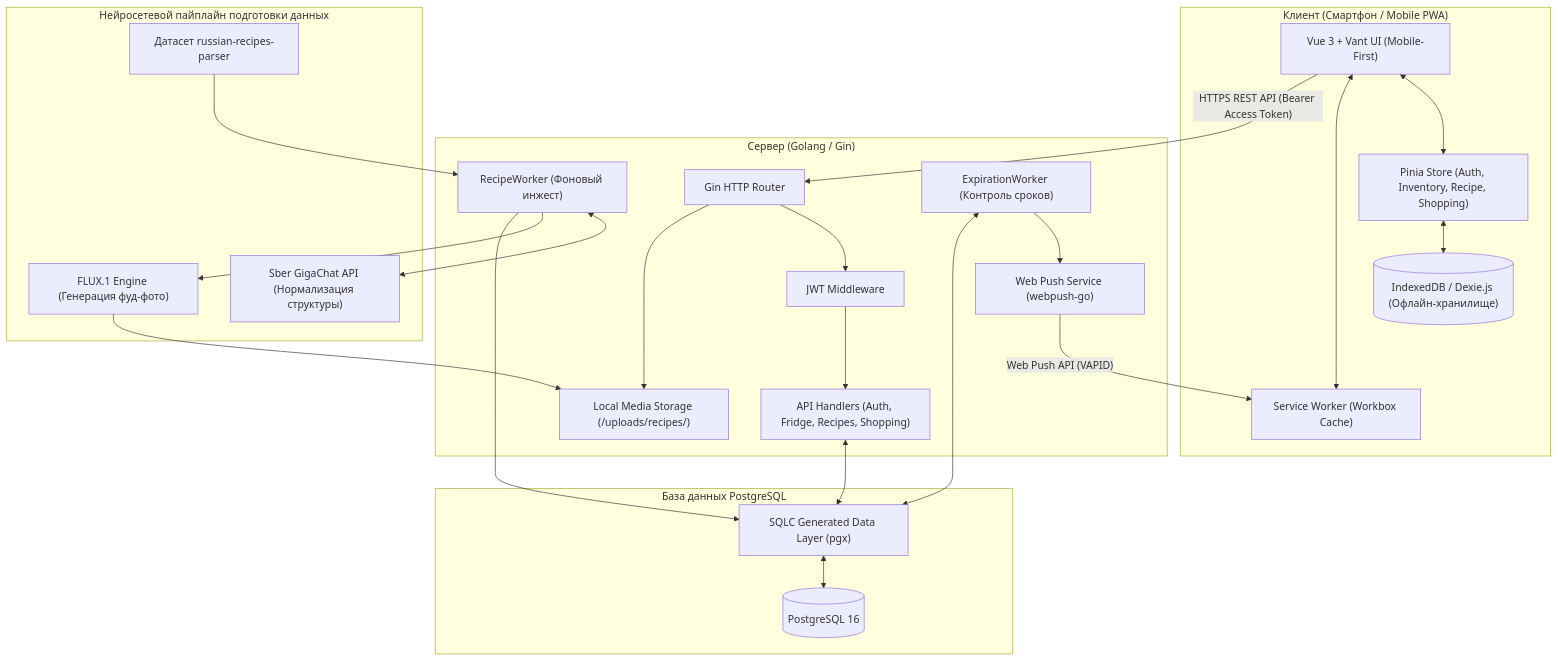
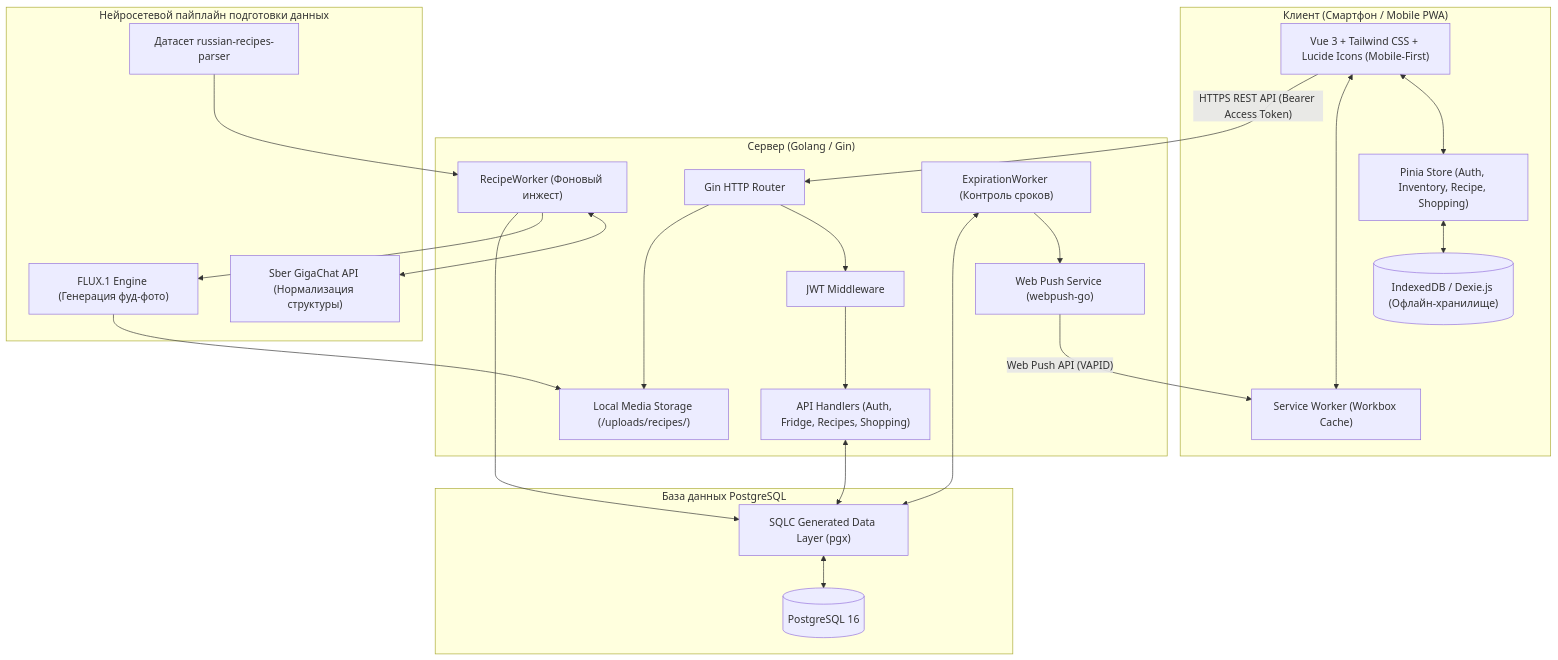
Before and after one commit to kerrek8/what-to-cook: the diagram in docs/tech-stack.md, drawn with Mermaid. The commit also changed other lines of this file and 44 other files, not shown here.

````diff
--- a/docs/tech-stack.md
+++ b/docs/tech-stack.md
@@ -111,49 +111,49 @@
 ```mermaid
 graph TD
     subgraph Client ["Клиент (Смартфон / Mobile PWA)"]
-        UI["Vue 3 + Vant UI (Mobile-First)"]
+        UI["Vue 3 + Tailwind CSS + Lucide Icons (Mobile-First)"]
         Pinia["Pinia Store (Auth, Inventory, Recipe, Shopping)"]
         SW["Service Worker (Workbox Cache)"]
         IDB[("IndexedDB / Dexie.js (Офлайн-хранилище)")]
 
         UI <--> Pinia
         Pinia <--> IDB
         UI <--> SW
     end
 
     subgraph Server ["Сервер (Golang / Gin)"]
         Router["Gin HTTP Router"]
         AuthMid["JWT Middleware"]
         Handlers["API Handlers (Auth, Fridge, Recipes, Shopping)"]
         MediaStorage["Local Media Storage (/uploads/recipes/)"]
         RecipeWorker["RecipeWorker (Фоновый инжест)"]
         Cron["ExpirationWorker (Контроль сроков)"]
         PushSender["Web Push Service (webpush-go)"]
 
         Router --> AuthMid --> Handlers
         Router --> MediaStorage
         Cron --> PushSender
     end
 
     subgraph AI_Data ["Нейросетевой пайплайн подготовки данных"]
         Dataset["Датасет russian-recipes-parser"]
         GigaChat["Sber GigaChat API (Нормализация структуры)"]
         FluxEngine["FLUX.1 Engine (Генерация фуд-фото)"]
 
         Dataset --> RecipeWorker
         RecipeWorker <--> GigaChat
         RecipeWorker --> FluxEngine
         FluxEngine --> MediaStorage
     end
 
     subgraph Storage ["База данных PostgreSQL"]
         PG[("PostgreSQL 16")]
         SQLC["SQLC Generated Data Layer (pgx)"]
     end
 
     UI -- "HTTPS REST API (Bearer Access Token)" --> Router
     Handlers <--> SQLC <--> PG
     RecipeWorker --> SQLC
     Cron <--> SQLC
     PushSender -- "Web Push API (VAPID)" --> SW
 ```
````
